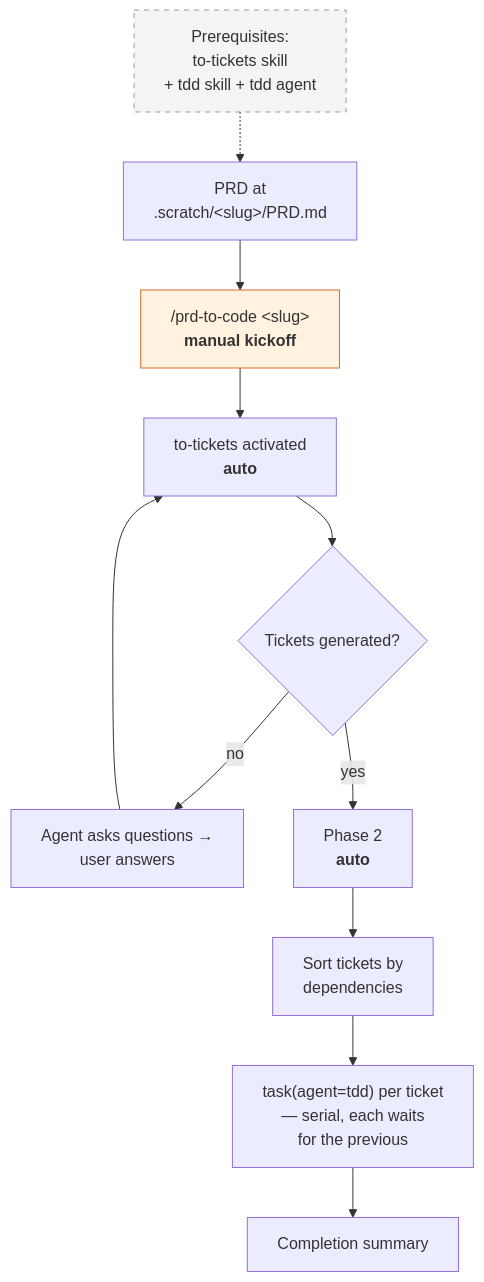
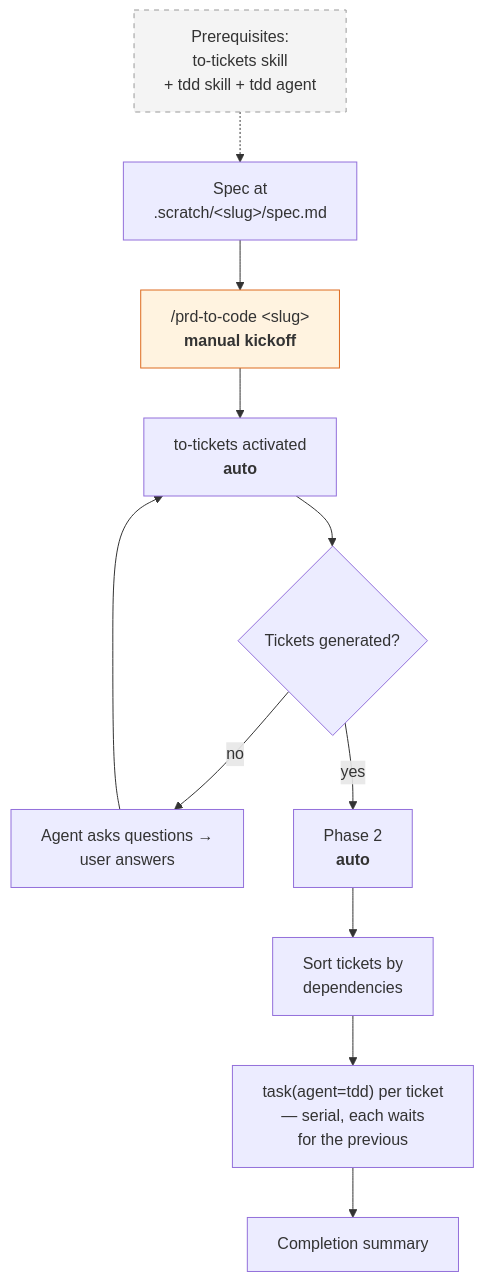
The second of 2 diagrams in README.md (hugosol/oh-my-wayfinder), drawn with Mermaid before and after one commit. The commit also changed other lines of this file and 2 other files, not shown here.

````diff
--- a/README.md
+++ b/README.md
@@ -85,15 +85,15 @@
 ```mermaid
 flowchart TD
     PRE["Prerequisites:<br/>to-tickets skill<br/>+ tdd skill + tdd agent"] -.-> P
-    P["PRD at<br/>.scratch/&lt;slug&gt;/PRD.md"] --> C["/prd-to-code &lt;slug&gt;<br/><b>manual kickoff</b>"]
+    P["Spec at<br/>.scratch/&lt;slug&gt;/spec.md"] --> C["/prd-to-code &lt;slug&gt;<br/><b>manual kickoff</b>"]
     C --> A["to-tickets activated<br/><b>auto</b>"]
     A --> Q{"Tickets generated?"}
     Q -->|"no"| QA["Agent asks questions →<br/>user answers"] --> A
     Q -->|"yes"| P2["Phase 2<br/><b>auto</b>"]
     P2 --> ORD["Sort tickets by<br/>dependencies"]
     ORD --> TD["task(agent=tdd) per ticket<br/>— serial, each waits<br/>for the previous"]
     TD --> DONE["Completion summary"]
 
     style C fill:#fff3e0,stroke:#dd6b20
     style PRE fill:#f4f4f4,stroke:#999,stroke-dasharray:5 5
 ```
````
